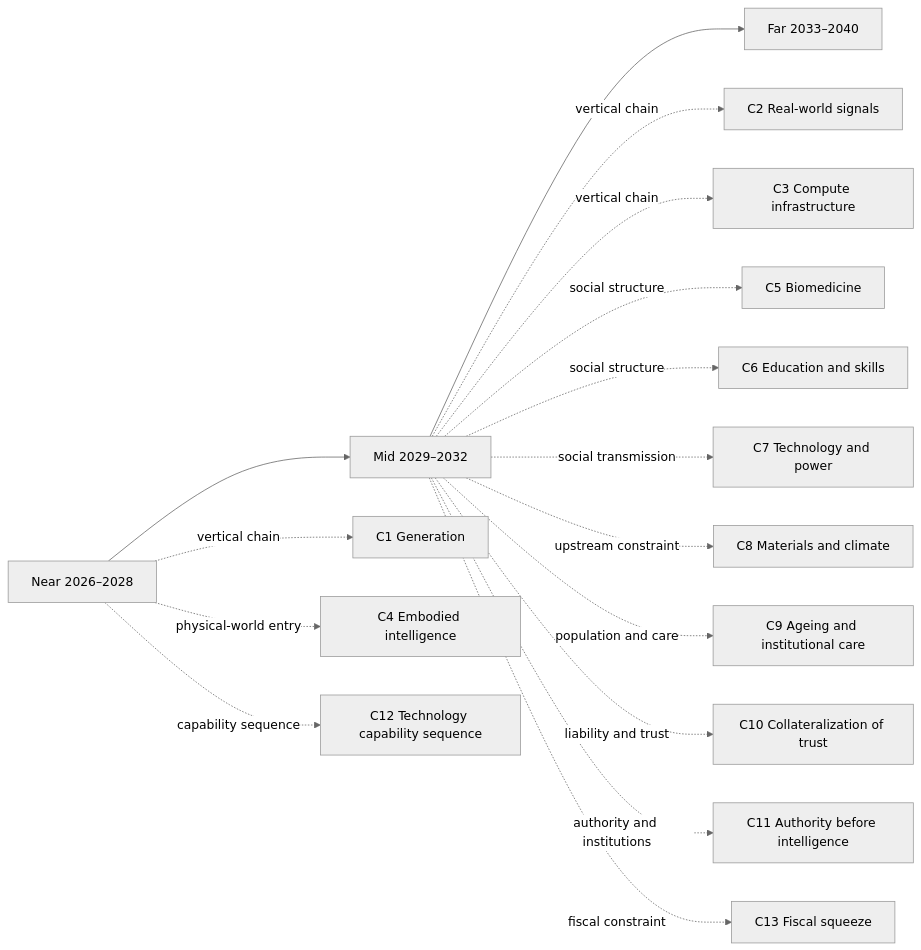
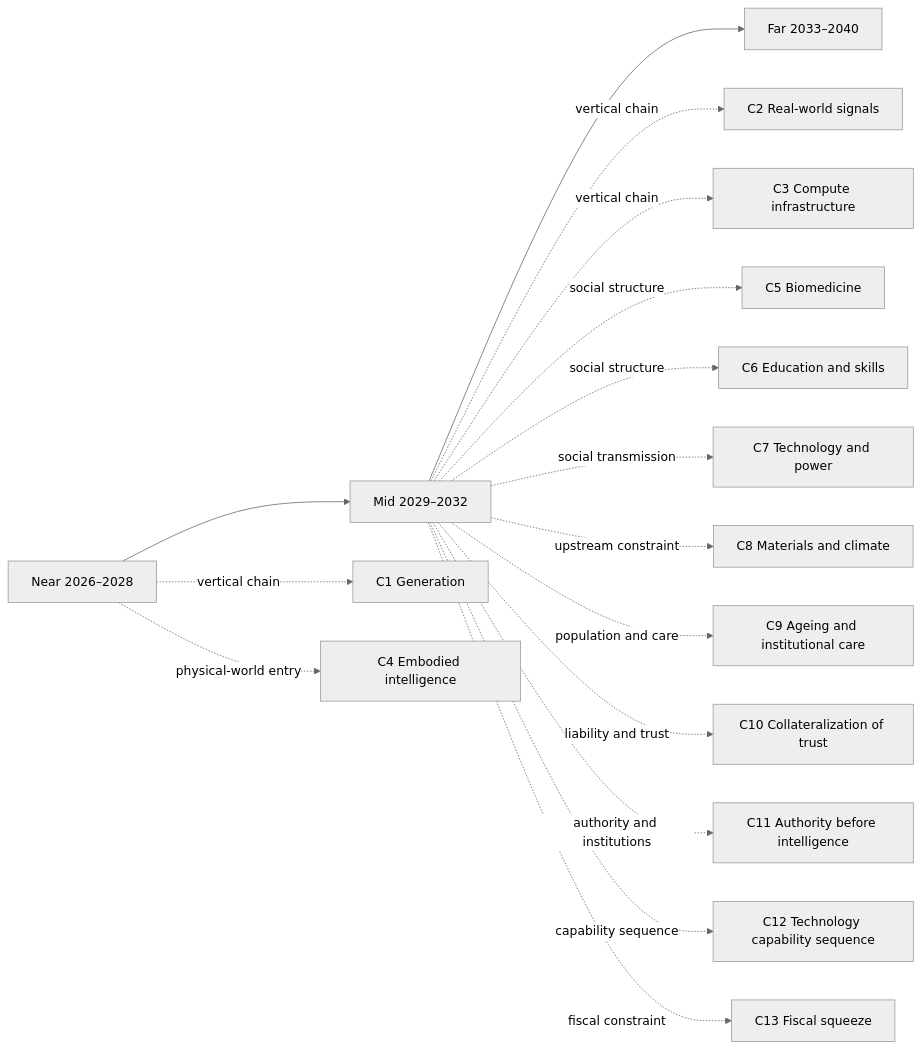
The diagram in docs/en/10-near.md (SenZhangAI/foresight-by-ai), drawn with Mermaid (neutral theme) before and after one commit. The commit also changed 10 other files, not shown here.

First line of the commit message:
feat(qa): validate chain and navigation Mermaid projections

````diff
--- a/docs/en/10-near.md
+++ b/docs/en/10-near.md
@@ -17,18 +17,18 @@
 ```mermaid
 flowchart LR
   N[Near 2026–2028] --> M[Mid 2029–2032]
   M --> F[Far 2033–2040]
   N -.vertical chain.-> C1[C1 Generation]
   M -.vertical chain.-> C2[C2 Real-world signals]
   M -.vertical chain.-> C3[C3 Compute infrastructure]
   N -.physical-world entry.-> C4[C4 Embodied intelligence]
   M -.social structure.-> C5[C5 Biomedicine]
   M -.social structure.-> C6[C6 Education and skills]
   M -.social transmission.-> C7[C7 Technology and power]
   M -.upstream constraint.-> C8[C8 Materials and climate]
   M -.population and care.-> C9[C9 Ageing and institutional care]
   M -.liability and trust.-> C10[C10 Collateralization of trust]
   M -.authority and institutions.-> C11[C11 Authority before intelligence]
-  N -.capability sequence.-> C12[C12 Technology capability sequence]
+  M -.capability sequence.-> C12[C12 Technology capability sequence]
   M -.fiscal constraint.-> C13[C13 Fiscal squeeze]
 ```
````
